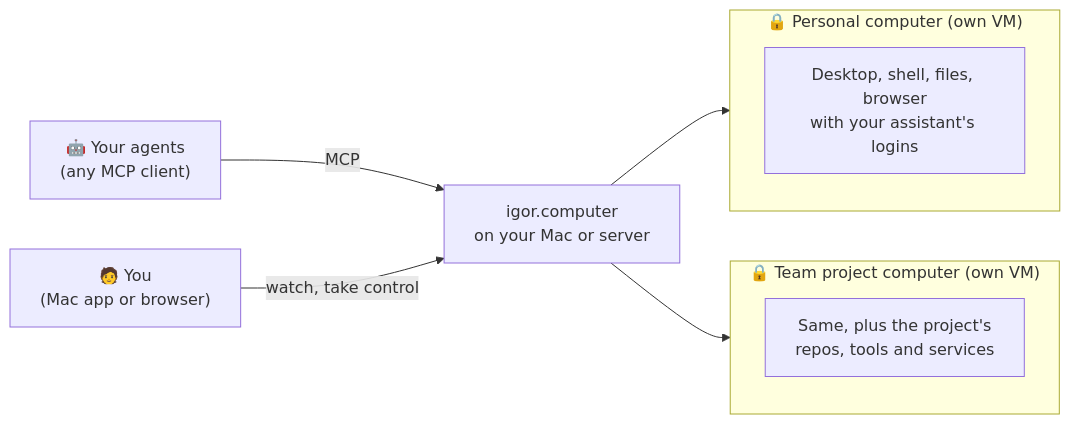
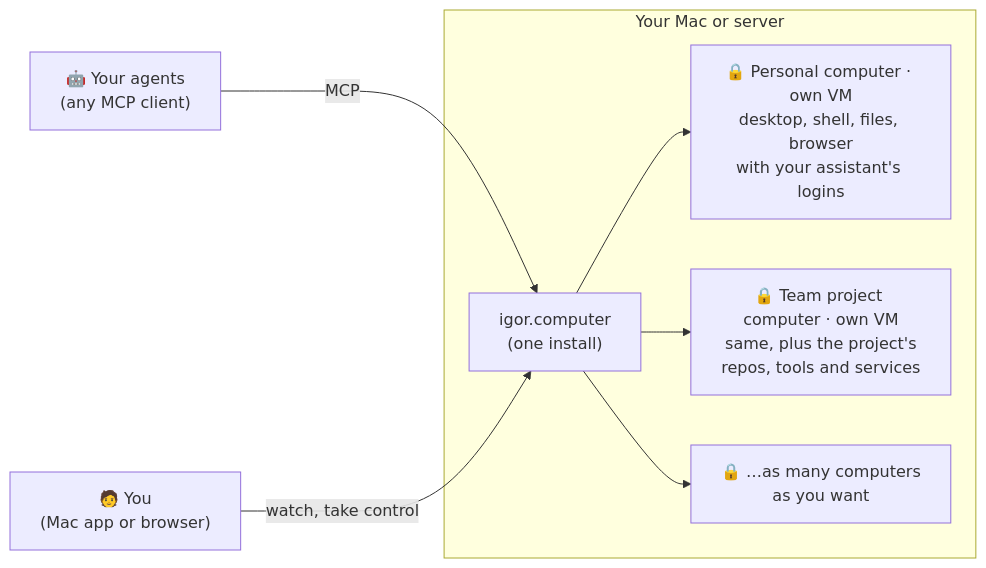
One commit to DaniGuardiola/igor.computer changed the diagram in README.md. Above: the diagram before and after it, drawn with Mermaid.

Commit message:
Show one install running many computers in the README diagram

````diff
--- a/README.md
+++ b/README.md
@@ -20,13 +20,11 @@
 ```mermaid
 flowchart LR
   A["🤖 Your agents<br/>(any MCP client)"] -->|MCP| S
   Y["🧑 You<br/>(Mac app or browser)"] -->|watch, take control| S
-  S["igor.computer<br/>on your Mac or server"] --> V1
-  S --> V2
-  subgraph V1["🔒 Personal computer (own VM)"]
-    C1["Desktop, shell, files, browser<br/>with your assistant's logins"]
-  end
-  subgraph V2["🔒 Team project computer (own VM)"]
-    C2["Same, plus the project's<br/>repos, tools and services"]
+  subgraph H["Your Mac or server"]
+    S["igor.computer<br/>(one install)"] --> V1 & V2 & V3
+    V1["🔒 Personal computer · own VM<br/>desktop, shell, files, browser<br/>with your assistant's logins"]
+    V2["🔒 Team project computer · own VM<br/>same, plus the project's<br/>repos, tools and services"]
+    V3["🔒 …as many computers<br/>as you want"]
   end
 ```
````
